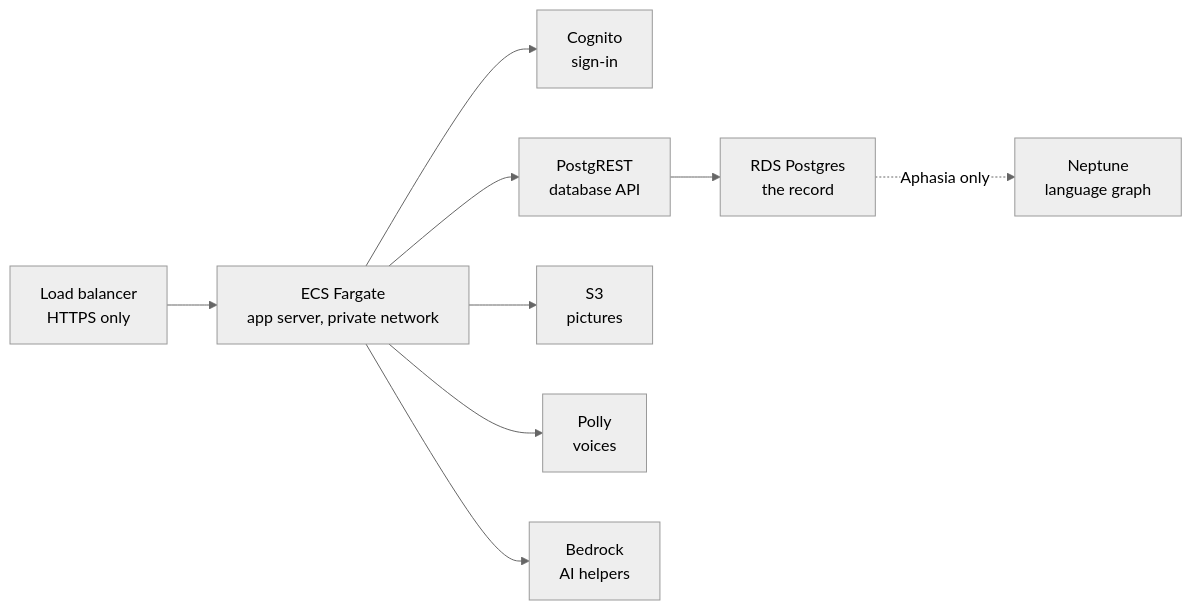
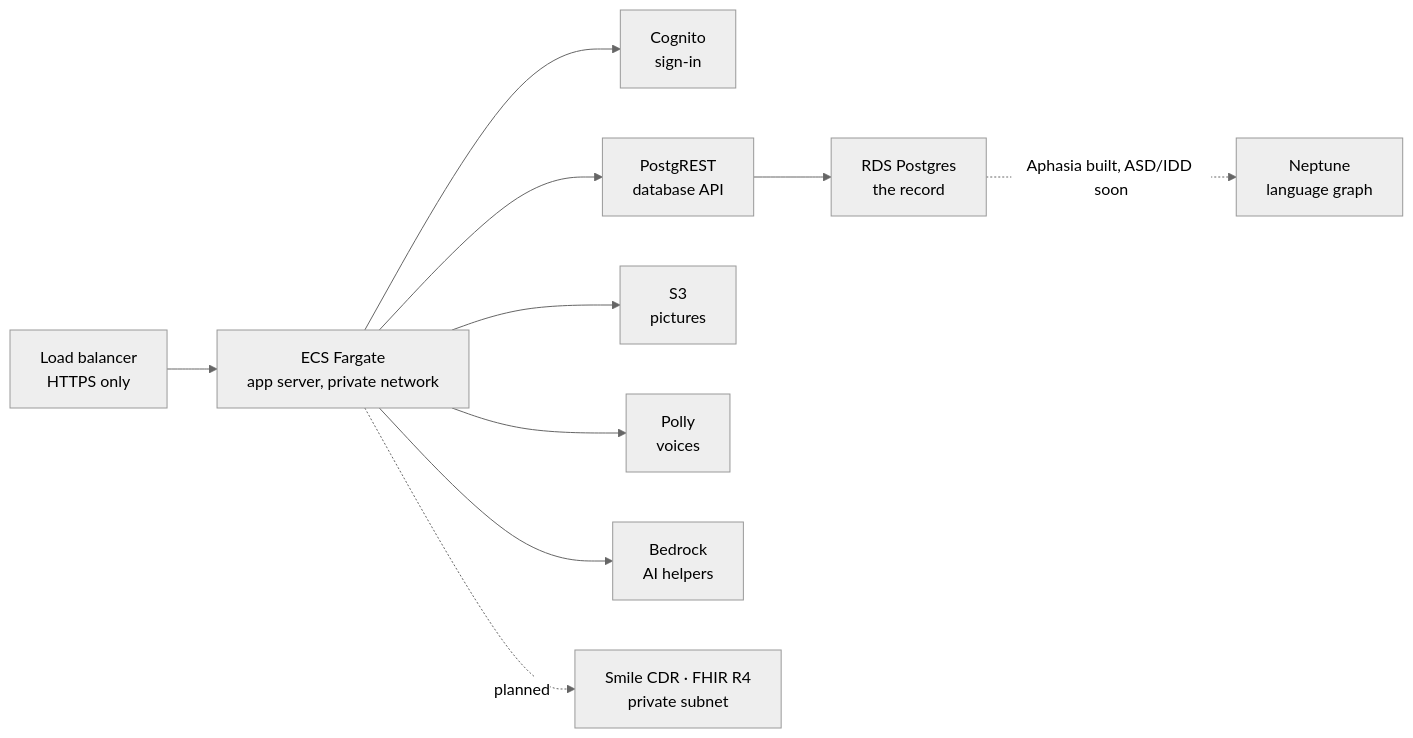
Before and after one commit to linggollms/.github: the second of 2 diagrams in profile/README.md, drawn with Mermaid (neutral theme). The commit also changed other lines of this file, not shown here.

First line of the commit message:
profile: planned FHIR layer with Smile CDR; Nov 3 status

````diff
--- a/profile/README.md
+++ b/profile/README.md
@@ -97,11 +97,12 @@
 ```mermaid
 flowchart LR
   LB["Load balancer<br/>HTTPS only"] --> F["ECS Fargate<br/>app server, private network"]
   F --> C["Cognito<br/>sign-in"]
   F --> API["PostgREST<br/>database API"]
   API --> D["RDS Postgres<br/>the record"]
   F --> S["S3<br/>pictures"]
   F --> V["Polly<br/>voices"]
   F --> AI["Bedrock<br/>AI helpers"]
-  D -. Aphasia only .-> N["Neptune<br/>language graph"]
+  D -. Aphasia built, ASD/IDD soon .-> N["Neptune<br/>language graph"]
+  F -. planned .-> FH["Smile CDR · FHIR R4<br/>private subnet"]
 ```
````
